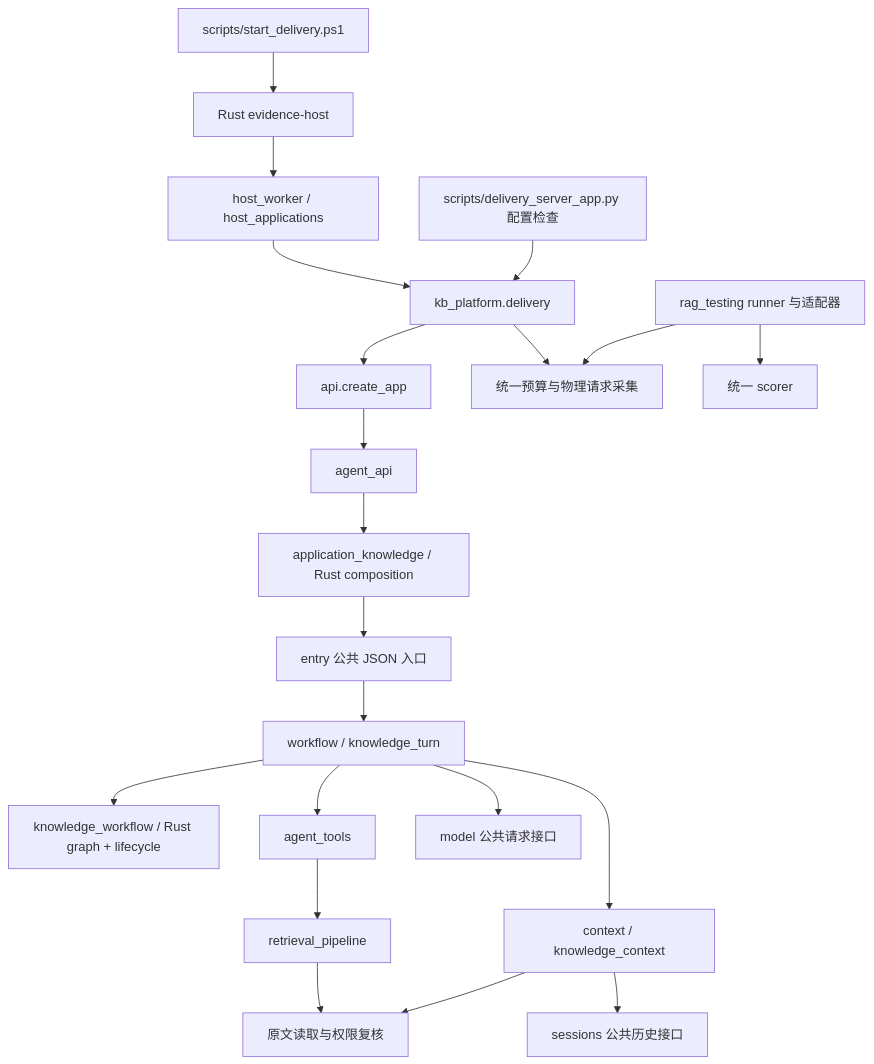
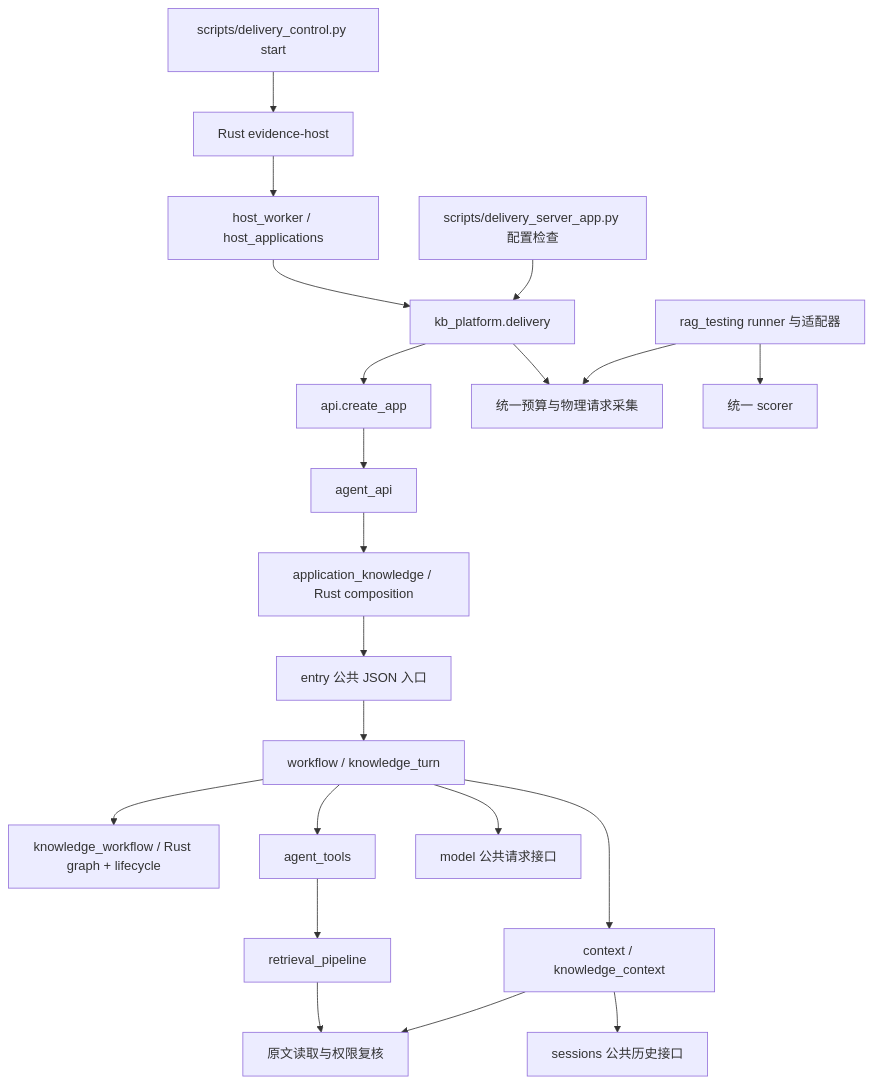
Before and after one commit to Hubujiu/evidence-kb: the diagram in docs/architecture.md, drawn with Mermaid. The commit also changed other lines of this file and 1196 other files, not shown here.

````diff
--- a/docs/architecture.md
+++ b/docs/architecture.md
@@ -43,23 +43,23 @@
 ```mermaid
 flowchart TD
-    Launcher[scripts/start_delivery.ps1] --> Host[Rust evidence-host]
+    Launcher[scripts/delivery_control.py start] --> Host[Rust evidence-host]
     Host --> Worker[host_worker / host_applications]
     Worker --> Delivery[kb_platform.delivery]
     CLI[scripts/delivery_server_app.py 配置检查] --> Delivery
     Delivery --> API[api.create_app]
     API --> Routes[agent_api]
     Routes --> Profile[application_knowledge / Rust composition]
     Profile --> Application[entry 公共 JSON 入口]
     Application --> Agent[workflow / knowledge_turn]
     Agent --> Graph[knowledge_workflow / Rust graph + lifecycle]
     Agent --> Gateway[agent_tools]
     Gateway --> Pipeline[retrieval_pipeline]
     Pipeline --> Evidence[原文读取与权限复核]
     Agent --> Context[context / knowledge_context]
     Context --> History[sessions 公共历史接口]
     Context --> Evidence
     Agent --> Model[model 公共请求接口]
     Delivery --> Shared[统一预算与物理请求采集]
     Eval[rag_testing runner 与适配器] --> Shared
     Eval --> Scorer[统一 scorer]
 ```
````
